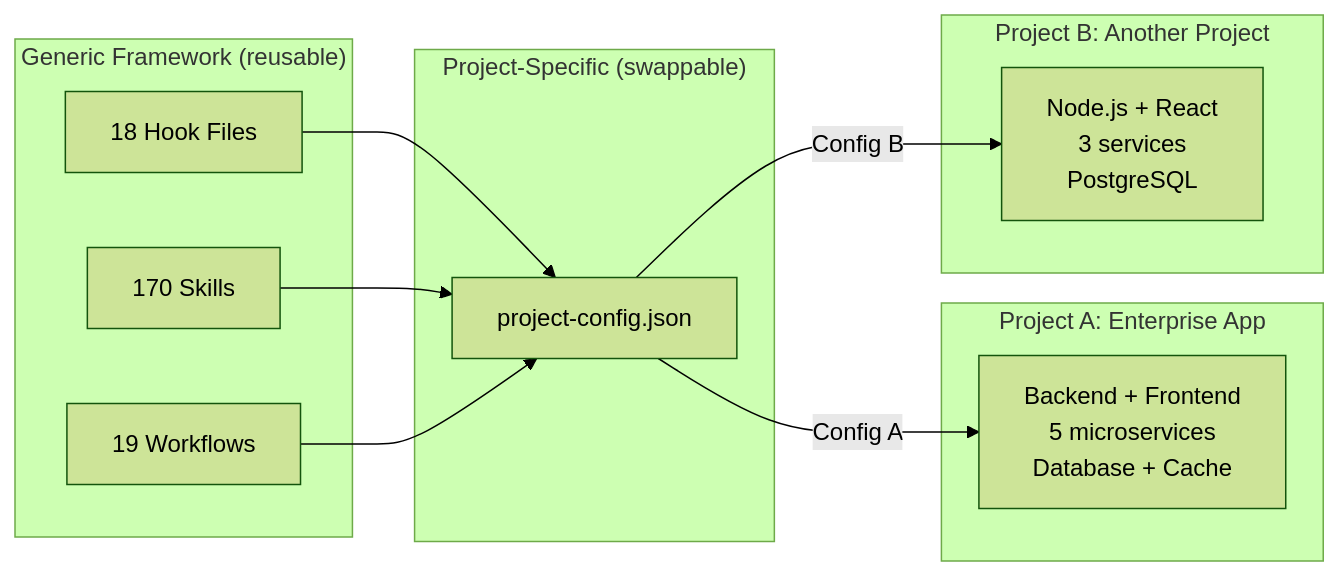
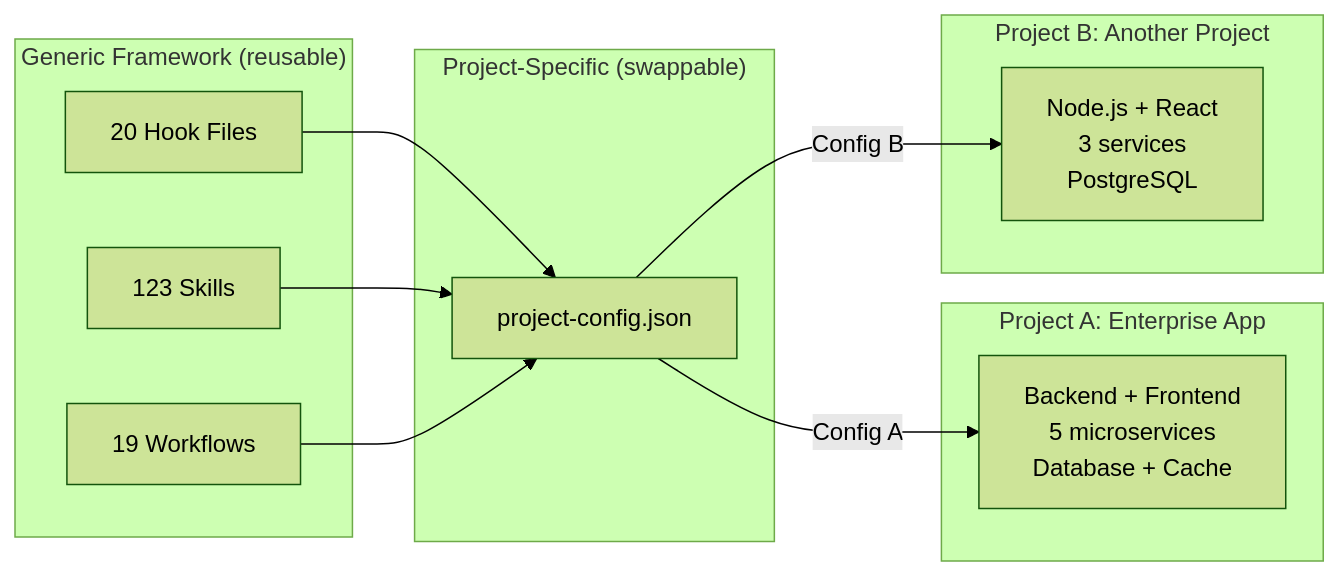
Before and after one commit to duc01226/easy-claude: the eighth of 20 diagrams in .claude/docs/claude-ai-agent-framework-guide.md, drawn with Mermaid (forest theme). The commit also changed other lines of this file and 910 other files, not shown here.

````diff
--- a/.claude/docs/claude-ai-agent-framework-guide.md
+++ b/.claude/docs/claude-ai-agent-framework-guide.md
@@ -876,24 +873,24 @@
 ```mermaid
 graph LR
     subgraph "Generic Framework (reusable)"
-        H[18 Hook Files]
-        S[170 Skills]
+        H[20 Hook Files]
+        S[123 Skills]
         W[19 Workflows]
     end
 
     subgraph "Project-Specific (swappable)"
         PC[project-config.json]
     end
 
     subgraph "Project A: Enterprise App"
         PA[Backend + Frontend<br/>5 microservices<br/>Database + Cache]
     end
 
     subgraph "Project B: Another Project"
         PB[Node.js + React<br/>3 services<br/>PostgreSQL]
     end
 
     H & S & W --> PC
     PC -->|Config A| PA
     PC -->|Config B| PB
 ```
````
